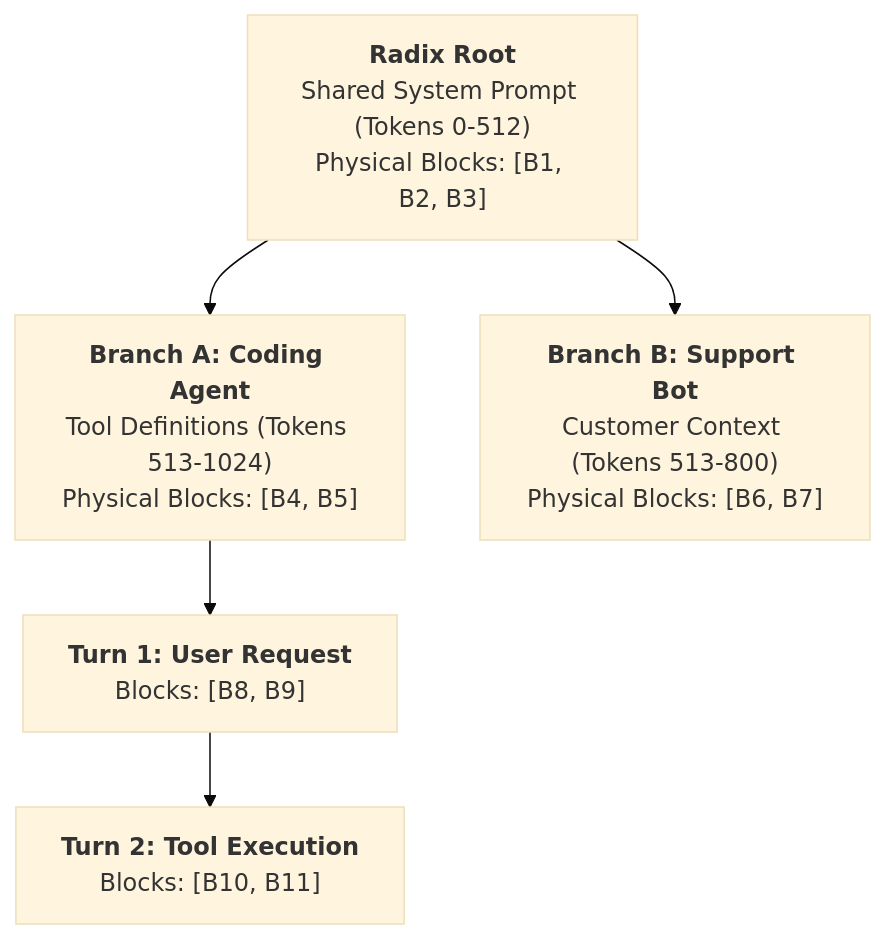
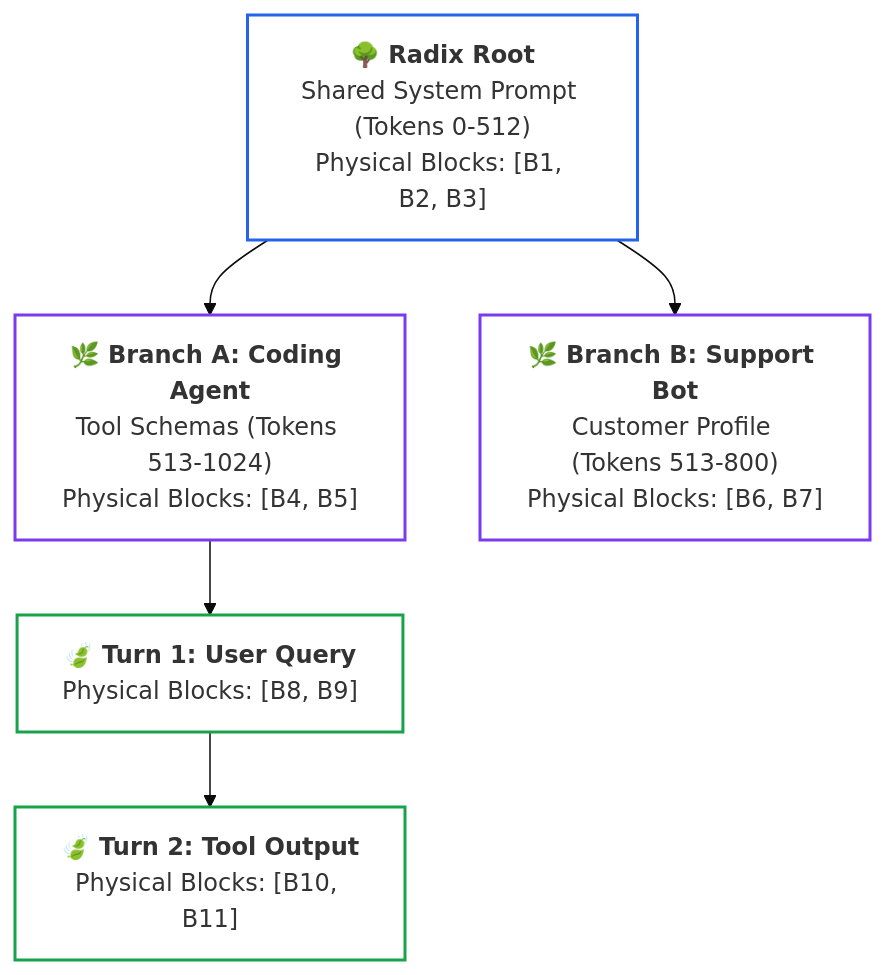
The first of 2 diagrams in 07-production-deployment-and-llmops/04-vllm-continuous-batching-and-radixattention.md (dip4k/senior-engineer-to-ai-engineer-roadmap), drawn with Mermaid (base theme) before and after one commit. The commit also changed other lines of this file and 49 other files, not shown here.

First line of the commit message:
feat(curriculum): complete 2026 refactoring across roadmaps, use-cases, labs, and agent-forge

````diff
--- a/07-production-deployment-and-llmops/04-vllm-continuous-batching-and-radixattention.md
+++ b/07-production-deployment-and-llmops/04-vllm-continuous-batching-and-radixattention.md
@@ -120,15 +80,21 @@
 ```mermaid
 flowchart TD
-    Root["<b>Radix Root</b><br/>Shared System Prompt (Tokens 0-512)<br/>Physical Blocks: [B1, B2, B3]"]
+    Root["<b>🌳 Radix Root</b><br/>Shared System Prompt (Tokens 0-512)<br/>Physical Blocks: [B1, B2, B3]"]
     
-    BranchA["<b>Branch A: Coding Agent</b><br/>Tool Definitions (Tokens 513-1024)<br/>Physical Blocks: [B4, B5]"]
-    BranchB["<b>Branch B: Support Bot</b><br/>Customer Context (Tokens 513-800)<br/>Physical Blocks: [B6, B7]"]
+    BranchA["<b>🌿 Branch A: Coding Agent</b><br/>Tool Schemas (Tokens 513-1024)<br/>Physical Blocks: [B4, B5]"]
+    BranchB["<b>🌿 Branch B: Support Bot</b><br/>Customer Profile (Tokens 513-800)<br/>Physical Blocks: [B6, B7]"]
     
-    LeafA1["<b>Turn 1: User Request</b><br/>Blocks: [B8, B9]"]
-    LeafA2["<b>Turn 2: Tool Execution</b><br/>Blocks: [B10, B11]"]
+    LeafA1["<b>🍃 Turn 1: User Query</b><br/>Physical Blocks: [B8, B9]"]
+    LeafA2["<b>🍃 Turn 2: Tool Output</b><br/>Physical Blocks: [B10, B11]"]
 
     Root --> BranchA
     Root --> BranchB
     BranchA --> LeafA1
     LeafA1 --> LeafA2
+
+    style Root stroke:#2563eb,stroke-width:2px,fill:none
+    style BranchA stroke:#7c3aed,stroke-width:2px,fill:none
+    style BranchB stroke:#7c3aed,stroke-width:2px,fill:none
+    style LeafA1 stroke:#16a34a,stroke-width:2px,fill:none
+    style LeafA2 stroke:#16a34a,stroke-width:2px,fill:none
 ```
````
